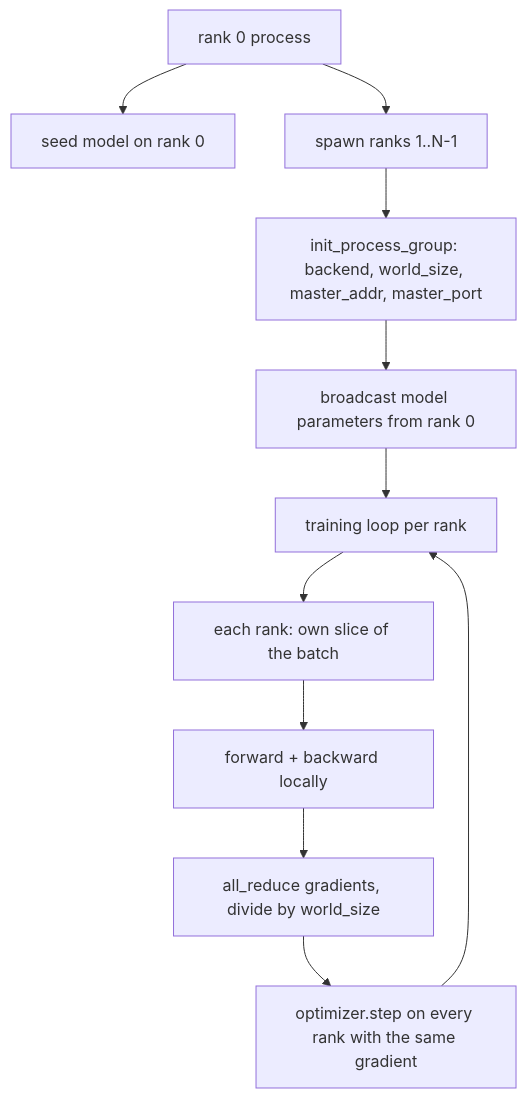
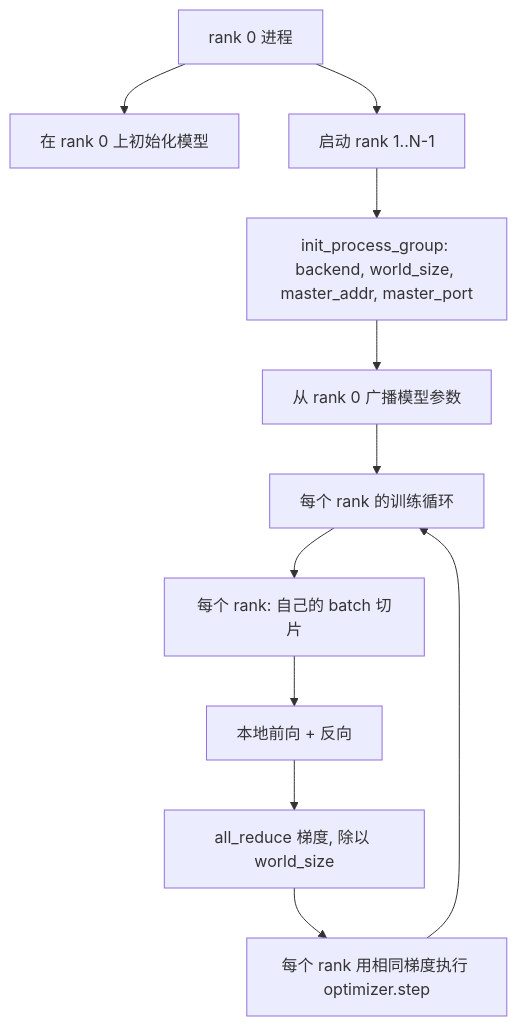
The first of 2 diagrams in phases/19-capstone-projects/48-distributed-fsdp-ddp/docs/zh.md (alessandrodinisio-ai/ai-engineering-learning-framework), drawn with Mermaid before and after one commit. The commit also changed other lines of this file and 120 other files, not shown here.

First line of the commit message:
i18n(mermaid): 337 个 mermaid 图表标签中文化

````diff
--- a/phases/19-capstone-projects/48-distributed-fsdp-ddp/docs/zh.md
+++ b/phases/19-capstone-projects/48-distributed-fsdp-ddp/docs/zh.md
@@ -27,13 +27,13 @@
 ```mermaid
 flowchart TB
-  init[rank 0 process] --> seed[seed model on rank 0]
-  init --> spawn[spawn ranks 1..N-1]
+  init[rank 0 进程] --> seed[在 rank 0 上初始化模型]
+  init --> spawn[启动 rank 1..N-1]
   spawn --> pg[init_process_group: backend, world_size, master_addr, master_port]
-  pg --> bcast[broadcast model parameters from rank 0]
-  bcast --> loop[training loop per rank]
-  loop --> shard[each rank: own slice of the batch]
-  shard --> fwd[forward + backward locally]
-  fwd --> ar[all_reduce gradients, divide by world_size]
-  ar --> step[optimizer.step on every rank with the same gradient]
+  pg --> bcast[从 rank 0 广播模型参数]
+  bcast --> loop[每个 rank 的训练循环]
+  loop --> shard[每个 rank: 自己的 batch 切片]
+  shard --> fwd[本地前向 + 反向]
+  fwd --> ar[all_reduce 梯度, 除以 world_size]
+  ar --> step[每个 rank 用相同梯度执行 optimizer.step]
   step --> loop
 ```
````
